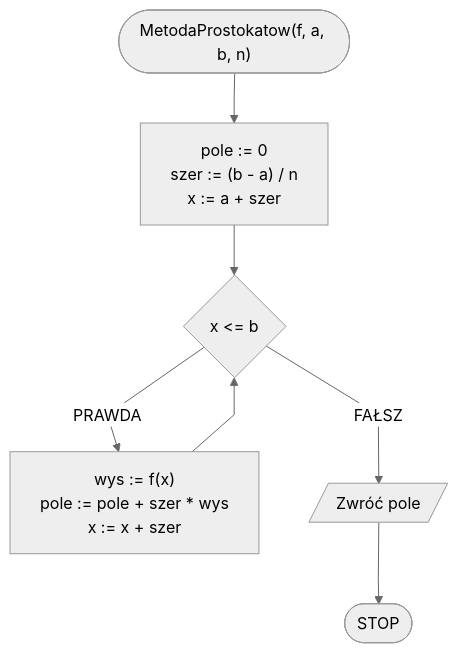
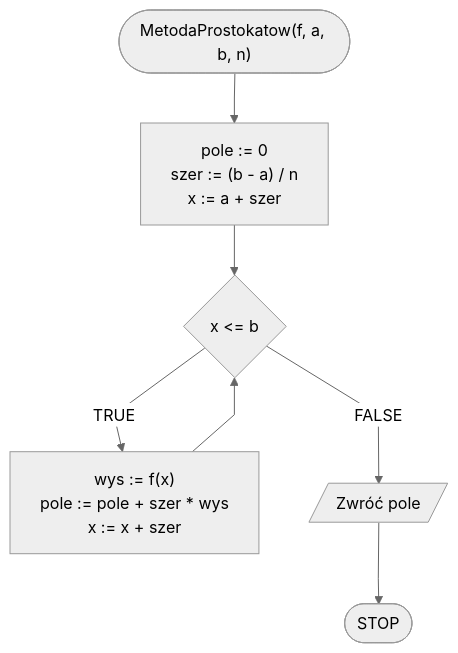
Before and after one commit to blackbat13/edu-cs-htiew-en: the first of 2 diagrams in docs/algorithms/numerical-methods/numerical-integration.md, drawn with Mermaid. The commit also changed other lines of this file and 682 other files, not shown here.

````diff
--- a/docs/algorithms/numerical-methods/numerical-integration.md
+++ b/docs/algorithms/numerical-methods/numerical-integration.md
@@ -58,14 +58,14 @@
 ```mermaid
 %%{init: {"flowchart": {"curve": "linear"}, "theme": "neutral"} }%%
 flowchart TD
 	START(["MetodaProstokatow(f, a, b, n)"]) --> K1["pole := 0
     szer := (b - a) / n
     x := a + szer"]
 	K1 --> K4{x <= b}
-	K4 -- PRAWDA --> K5["wys := f(x)
+	K4 -- TRUE --> K5["wys := f(x)
     pole := pole + szer * wys
     x := x + szer"]
 	K5 --> K4
-	K4 -- FAŁSZ --> K8[/Zwróć pole/]
+	K4 -- FALSE --> K8[/Zwróć pole/]
 	K8 --> STOP([STOP])
 ```
````
